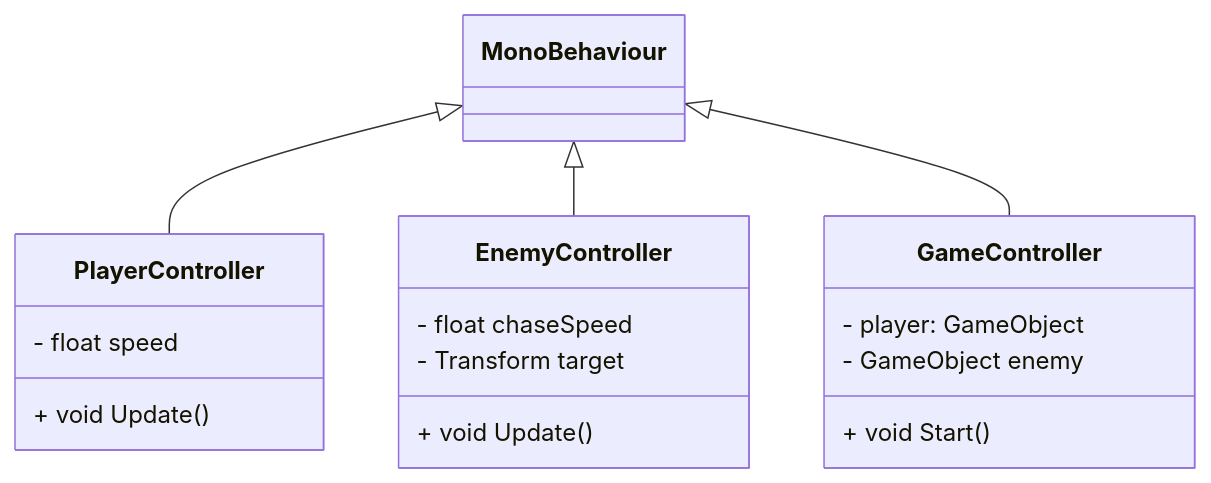
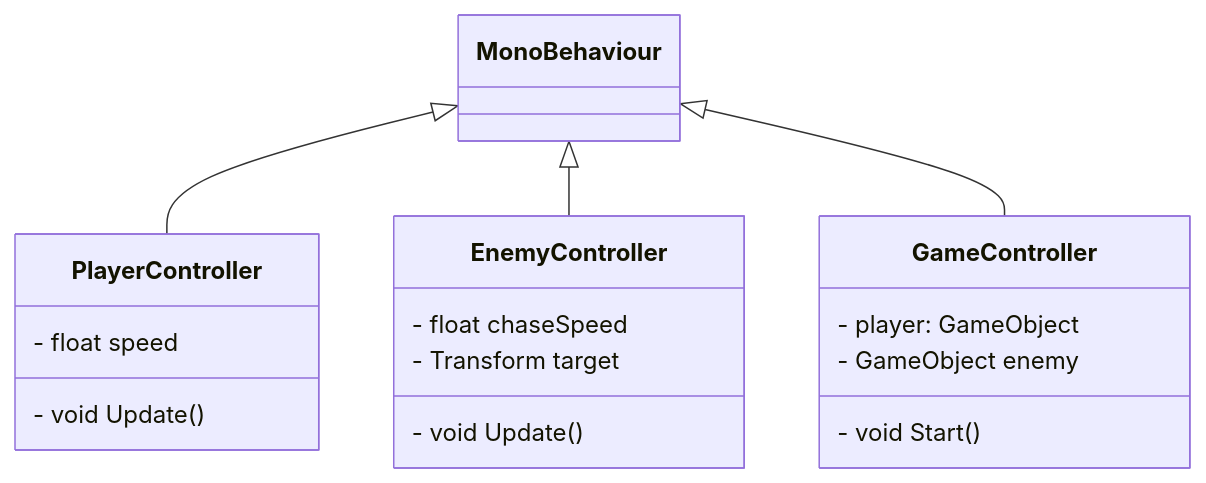
Before and after one commit to 4ahmns-sosem-2324/06-Mermaid-TGalambos: the diagram in README.md, drawn with Mermaid.

Commit message:
Update README 02

````diff
--- a/README.md
+++ b/README.md
@@ -3,22 +3,22 @@
 ```mermaid
 classDiagram
     MonoBehaviour <|-- PlayerController
     MonoBehaviour <|-- EnemyController
     MonoBehaviour <|-- GameController
  
     class GameController {
         - player: GameObject
         - GameObject enemy
-        + void Start()
+        - void Start()
     }
     class PlayerController {
         - float speed
-        + void Update()
+        - void Update()
     }
  
     class EnemyController {
         - float chaseSpeed
         - Transform target
-        + void Update()
+        - void Update()
     }
 ```
````
